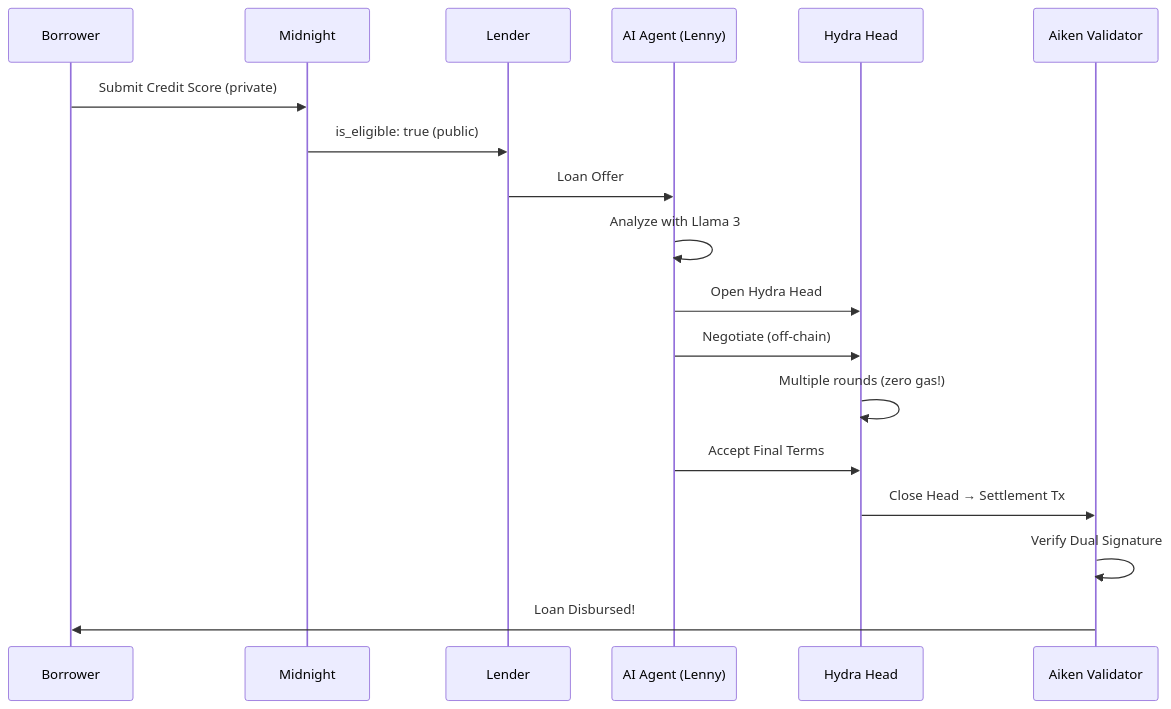
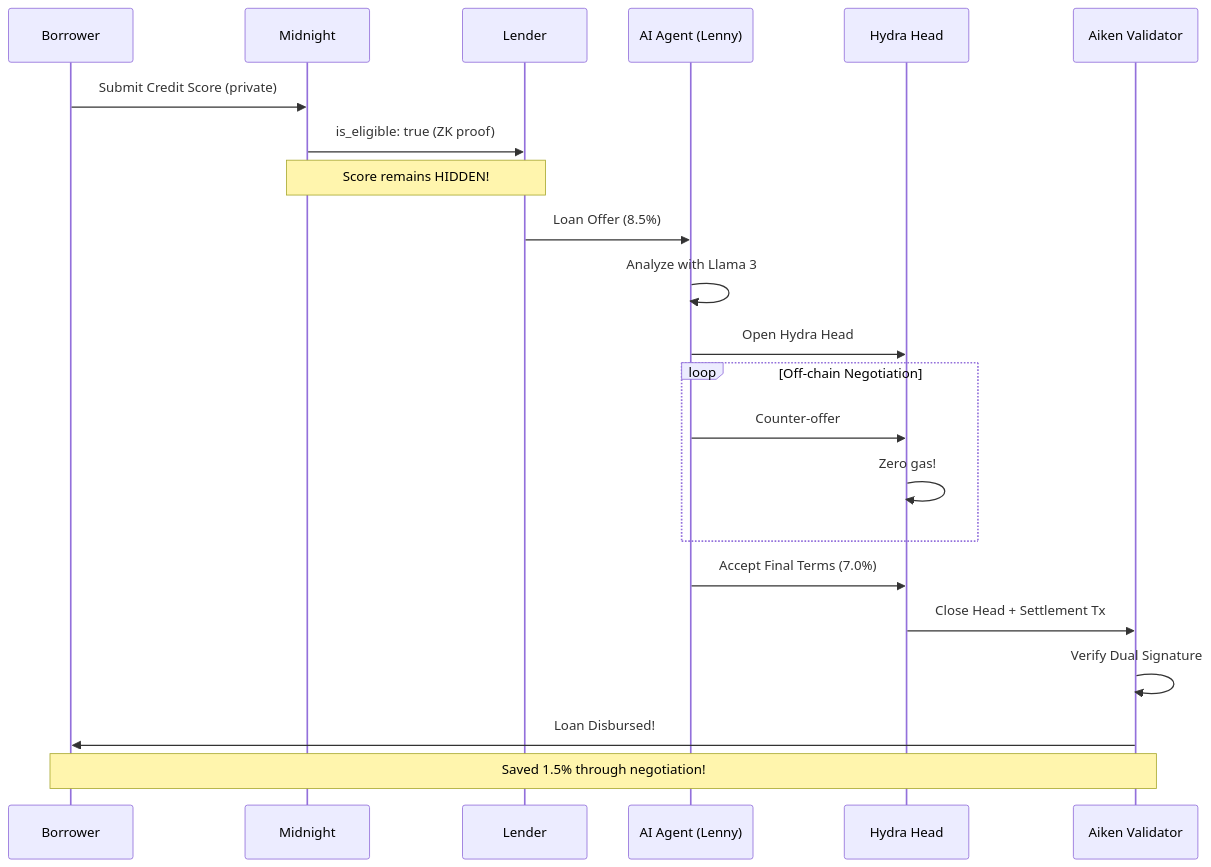
One commit to Gokul-social/Lendora-AI_IITH changed the diagram in README.md. Above: the diagram before and after it, drawn with Mermaid. The commit also changed other lines of this file, not shown here.

````diff
--- a/README.md
+++ b/README.md
@@ -365,21 +282,25 @@
 ```mermaid
 sequenceDiagram
     participant B as Borrower
     participant M as Midnight
     participant L as Lender
     participant A as AI Agent (Lenny)
     participant H as Hydra Head
     participant V as Aiken Validator
     
     B->>M: Submit Credit Score (private)
-    M->>L: is_eligible: true (public)
-    L->>A: Loan Offer
+    M->>L: is_eligible: true (ZK proof)
+    Note over M,L: Score remains HIDDEN!
+    L->>A: Loan Offer (8.5%)
     A->>A: Analyze with Llama 3
     A->>H: Open Hydra Head
-    A->>H: Negotiate (off-chain)
-    H->>H: Multiple rounds (zero gas!)
-    A->>H: Accept Final Terms
-    H->>V: Close Head → Settlement Tx
+    loop Off-chain Negotiation
+        A->>H: Counter-offer
+        H->>H: Zero gas!
+    end
+    A->>H: Accept Final Terms (7.0%)
+    H->>V: Close Head + Settlement Tx
     V->>V: Verify Dual Signature
     V->>B: Loan Disbursed!
+    Note over B,V: Saved 1.5% through negotiation!
 ```
````
